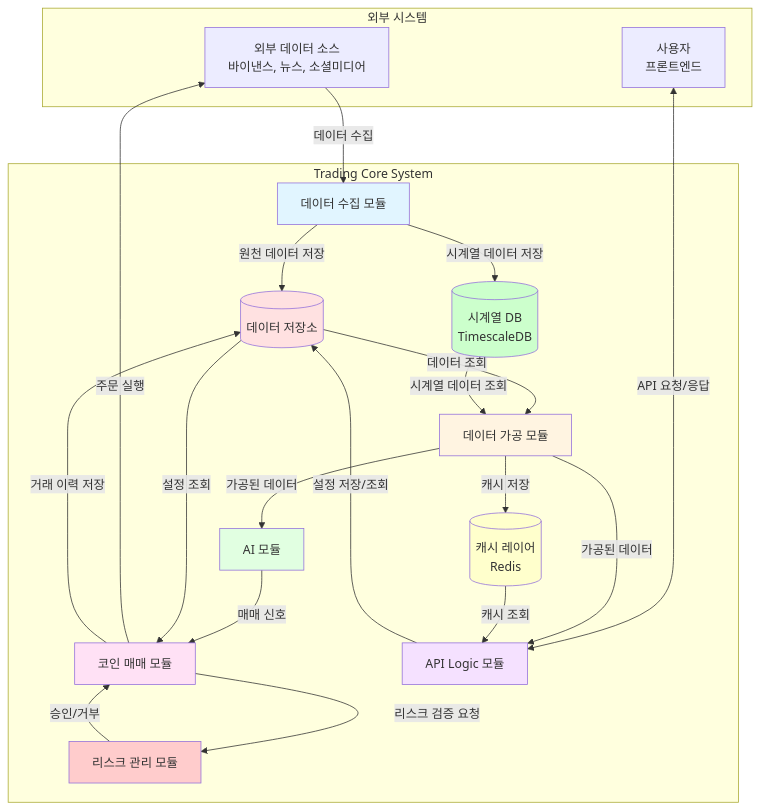
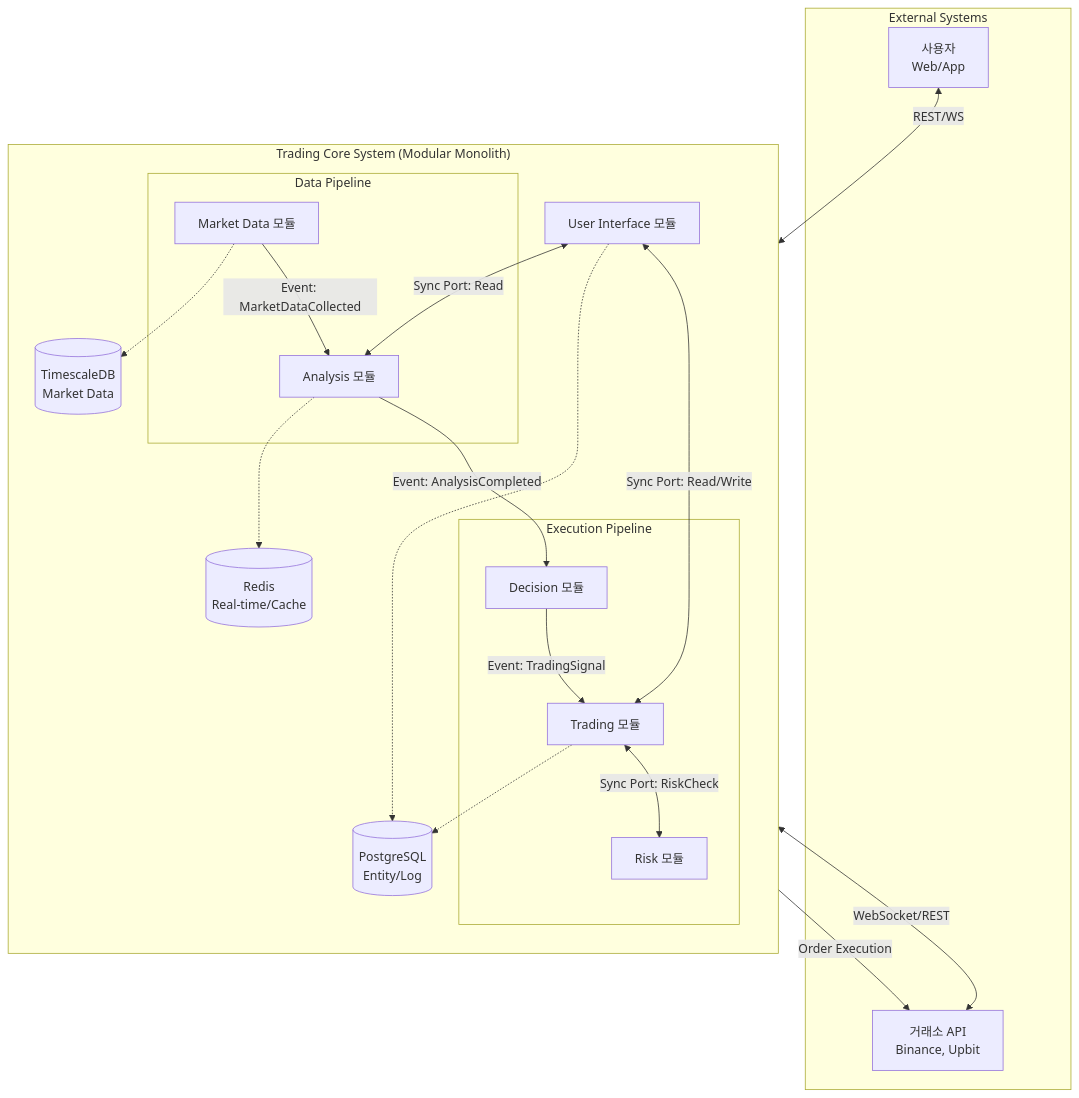
One commit to xi-jjun/trading-core changed the first of 2 diagrams in docs/architecture/ARCHITECTURE.md. Above: the diagram before and after it, drawn with Mermaid. The commit also changed other lines of this file, not shown here.

````diff
--- a/docs/architecture/ARCHITECTURE.md
+++ b/docs/architecture/ARCHITECTURE.md
@@ -24,50 +48,44 @@
 ```mermaid
 graph TB
-    subgraph "외부 시스템"
-        EXT[외부 데이터 소스<br/>바이낸스, 뉴스, 소셜미디어]
-        USER[사용자<br/>프론트엔드]
+    subgraph "External Systems"
+        BINANCE[거래소 API<br/>Binance, Upbit]
+        USER[사용자<br/>Web/App]
     end
 
-    subgraph "Trading Core System"
-        COLLECT[데이터 수집 모듈]
-        PROCESS[데이터 가공 모듈]
-        AI[AI 모듈]
-        TRADE[코인 매매 모듈]
-        RISK[리스크 관리 모듈]
-        API[API Logic 모듈]
-        DB[(데이터 저장소)]
-        CACHE[(캐시 레이어<br/>Redis)]
-        TSDB[(시계열 DB<br/>TimescaleDB)]
+    subgraph "Trading Core System (Modular Monolith)"
+        direction TB
+        
+        subgraph "Data Pipeline"
+            MD[Market Data 모듈]
+            AN[Analysis 모듈]
+        end
+
+        subgraph "Execution Pipeline"
+            DC[Decision 모듈]
+            TR[Trading 모듈]
+            RM[Risk 모듈]
+        end
+
+        UI[User Interface 모듈]
+
+        DB[(PostgreSQL<br/>Entity/Log)]
+        TSDB[(TimescaleDB<br/>Market Data)]
+        CACHE[(Redis<br/>Real-time/Cache)]
     end
 
-    %% 외부 시스템과의 상호작용
-    EXT -->|데이터 수집| COLLECT
-    TRADE -->|주문 실행| EXT
-    USER <-->|API 요청/응답| API
+    BINANCE <-->|WebSocket/REST| MD
+    MD -->|Event: MarketDataCollected| AN
+    AN -->|Event: AnalysisCompleted| DC
+    DC -->|Event: TradingSignal| TR
+    TR <-->|Sync Port: RiskCheck| RM
+    TR -->|Order Execution| BINANCE
+    
+    USER <-->|REST/WS| UI
+    UI <-->|Sync Port: Read/Write| TR
+    UI <-->|Sync Port: Read| AN
 
-    %% 내부 데이터 흐름
-    COLLECT -->|원천 데이터 저장| DB
-    COLLECT -->|시계열 데이터 저장| TSDB
-    DB -->|데이터 조회| PROCESS
-    TSDB -->|시계열 데이터 조회| PROCESS
-    PROCESS -->|가공된 데이터| AI
-    PROCESS -->|가공된 데이터| API
-    PROCESS -->|캐시 저장| CACHE
-    CACHE -->|캐시 조회| API
-    AI -->|매매 신호| TRADE
-    TRADE -->|리스크 검증 요청| RISK
-    RISK -->|승인/거부| TRADE
-    TRADE -->|거래 이력 저장| DB
-    API -->|설정 저장/조회| DB
-    DB -->|설정 조회| TRADE
-
-    style COLLECT fill:#e1f5ff
-    style PROCESS fill:#fff4e1
-    style AI fill:#e1ffe1
-    style TRADE fill:#ffe1f5
-    style RISK fill:#ffcccc
-    style API fill:#f5e1ff
-    style DB fill:#ffe1e1
-    style CACHE fill:#ffffcc
-    style TSDB fill:#ccffcc
+    MD -.-> TSDB
+    AN -.-> CACHE
+    TR -.-> DB
+    UI -.-> DB
 ```
````
